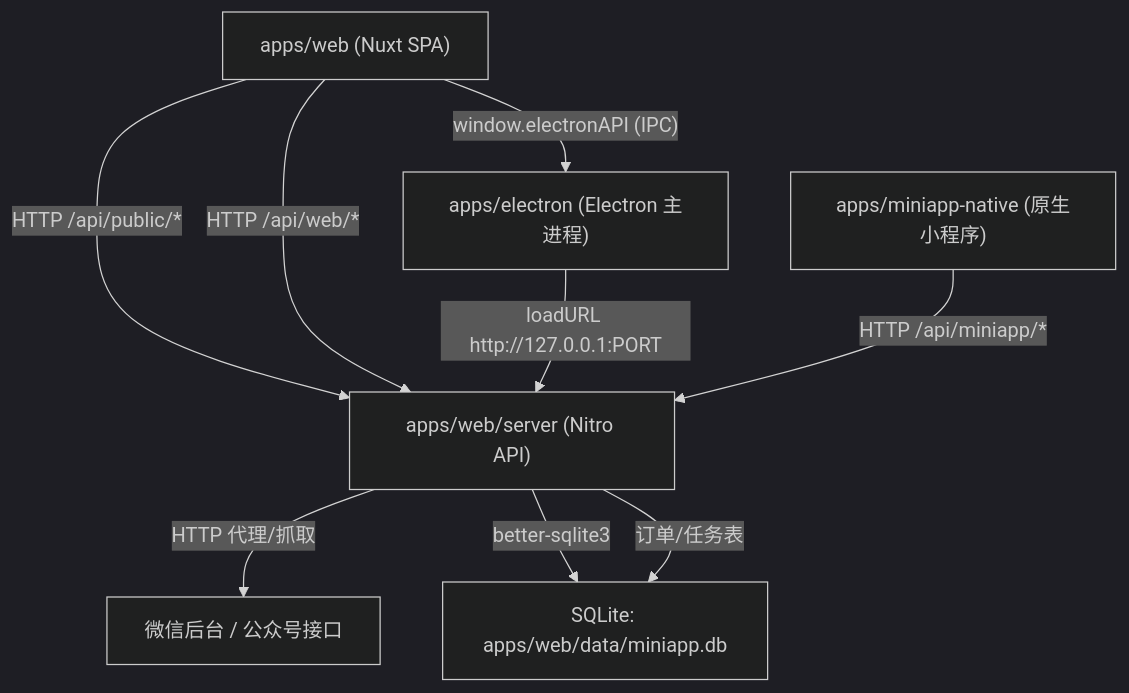
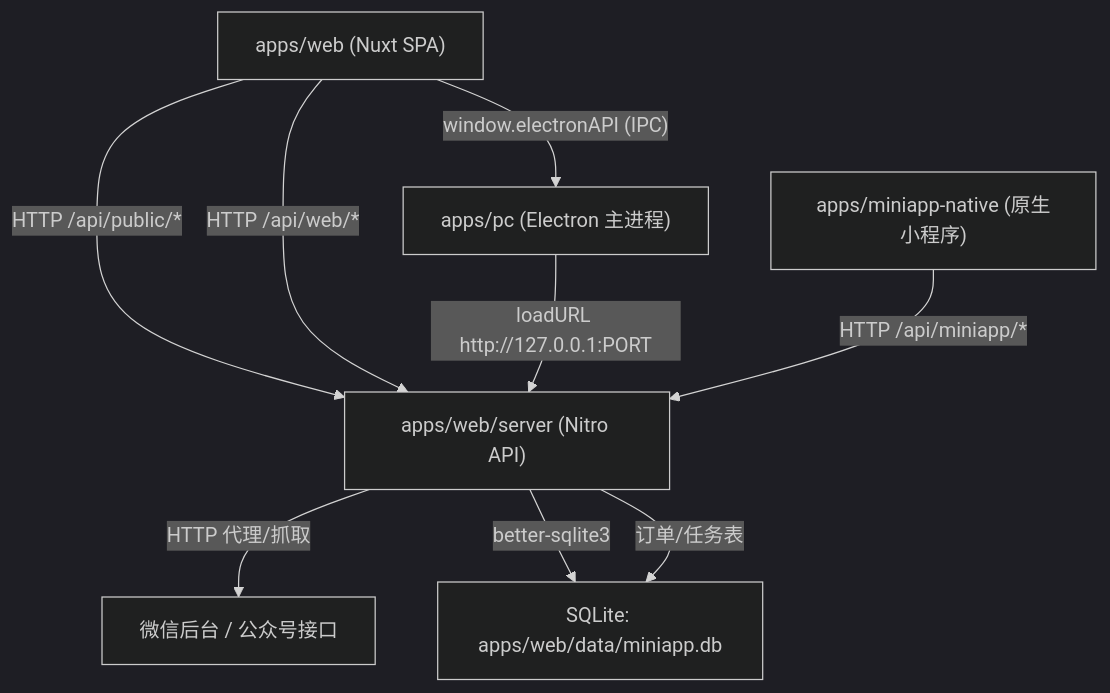
Before and after one commit to jalon-dg/wechat-article-exporter: the diagram in design.md, drawn with Mermaid (dark theme). The commit also changed other lines of this file and 17 other files, not shown here.

First line of the commit message:
refactor: clean up apps/pc and fix Electron config

````diff
--- a/design.md
+++ b/design.md
@@ -28,21 +28,21 @@
 ```mermaid
 flowchart TD
   browser["apps/web (Nuxt SPA)"]
   nitro["apps/web/server (Nitro API)"]
-  electron["apps/electron (Electron 主进程)"]
+  electron["apps/pc (Electron 主进程)"]
   miniapp["apps/miniapp-native (原生小程序)"]
   db["SQLite: apps/web/data/miniapp.db"]
   wxmp["微信后台 / 公众号接口"]
 
   browser -->|"HTTP /api/public/*"| nitro
   browser -->|"HTTP /api/web/*"| nitro
 
   nitro -->|"HTTP 代理/抓取"| wxmp
   nitro -->|"better-sqlite3"| db
 
   electron -->|"loadURL http://127.0.0.1:PORT"| nitro
   browser -->|"window.electronAPI (IPC)"| electron
 
   miniapp -->|"HTTP /api/miniapp/*"| nitro
   nitro -->|"订单/任务表"| db
 ```
````
